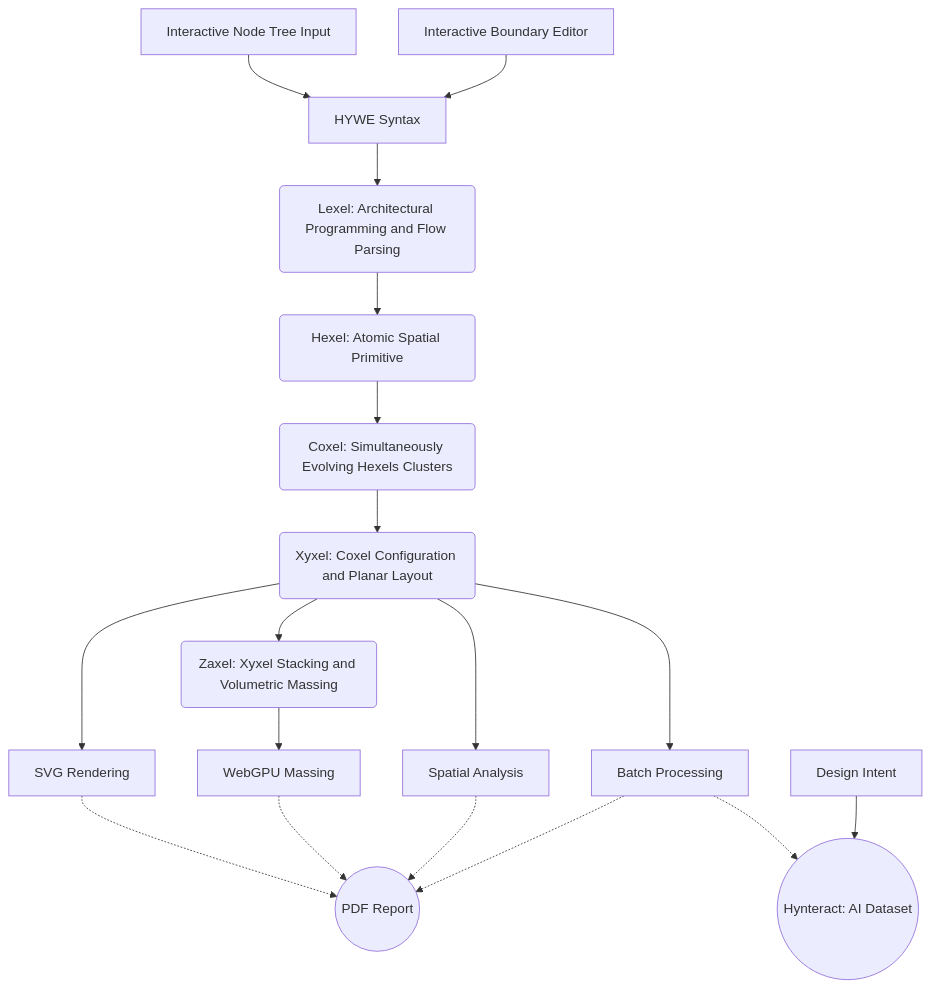
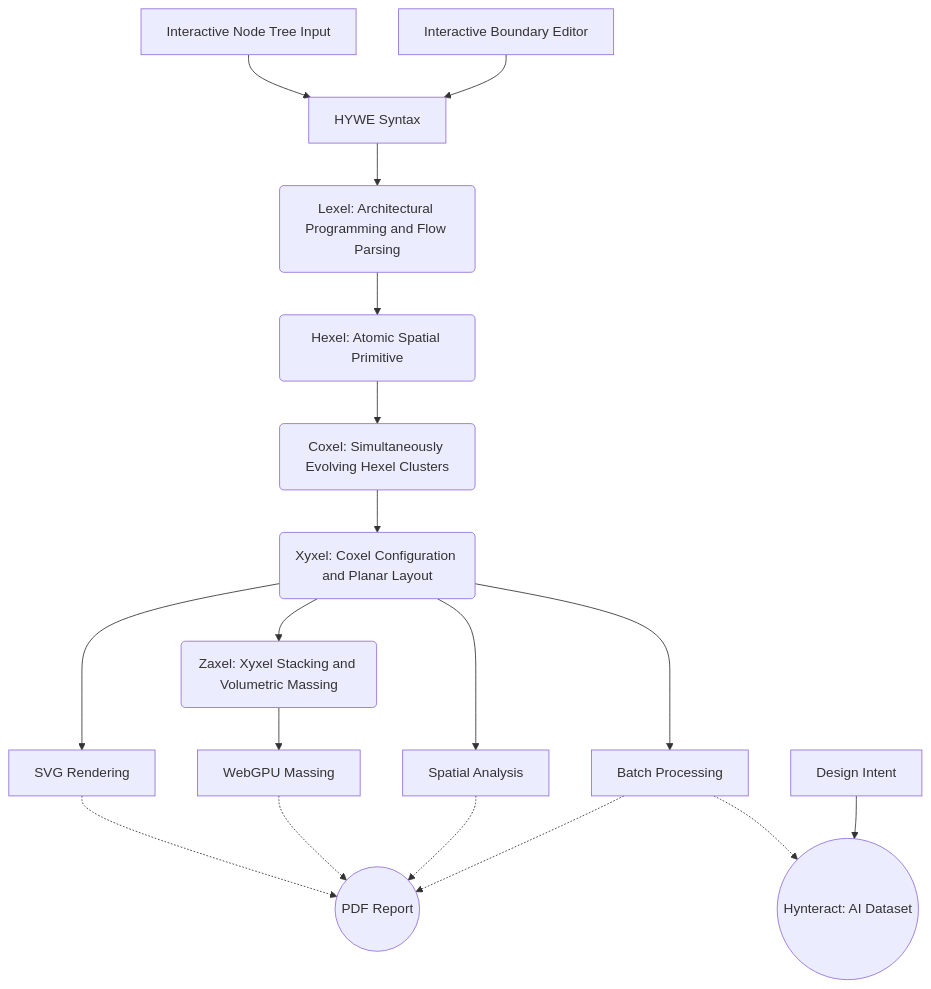
Before and after one commit to vykrum/Hywe: the diagram in README.md, drawn with Mermaid.

Commit message:
Flowchart Tuning

````diff
--- a/README.md
+++ b/README.md
@@ -80,24 +80,24 @@
 ```mermaid
 graph TD
     A1[Interactive Node Tree Input] --> B[HYWE Syntax]
     A2[Interactive Boundary Editor] --> B[HYWE Syntax]
     B --> C(Lexel: Architectural Programming and Flow Parsing)
     C --> D(Hexel: Atomic Spatial Primitive)
-    D --> E(Coxel: Simultaneously Evolving Hexels Clusters)
+    D --> E(Coxel: Simultaneously Evolving Hexel Clusters)
     E --> F(Xyxel: Coxel Configuration and Planar Layout)
     F --> G(Zaxel: Xyxel Stacking and Volumetric Massing)
     
     F --> F1[SVG Rendering]
     G --> G1[WebGPU Massing]
     
     F --> H[Spatial Analysis]
     F --> I[Batch Processing]
     
     F1 -.-> ReportLabel((PDF Report))
     G1 -.-> ReportLabel
     H -.-> ReportLabel
     I -.-> ReportLabel
     
     I -.-> DatasetLabel((Hynteract: AI Dataset))
     DesignIntent[Design Intent] --> DatasetLabel
 ```
````
